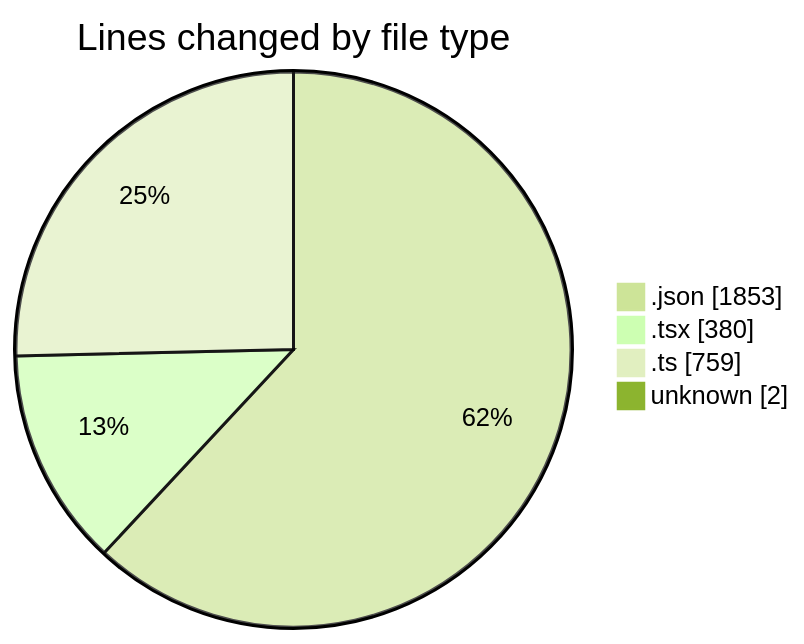
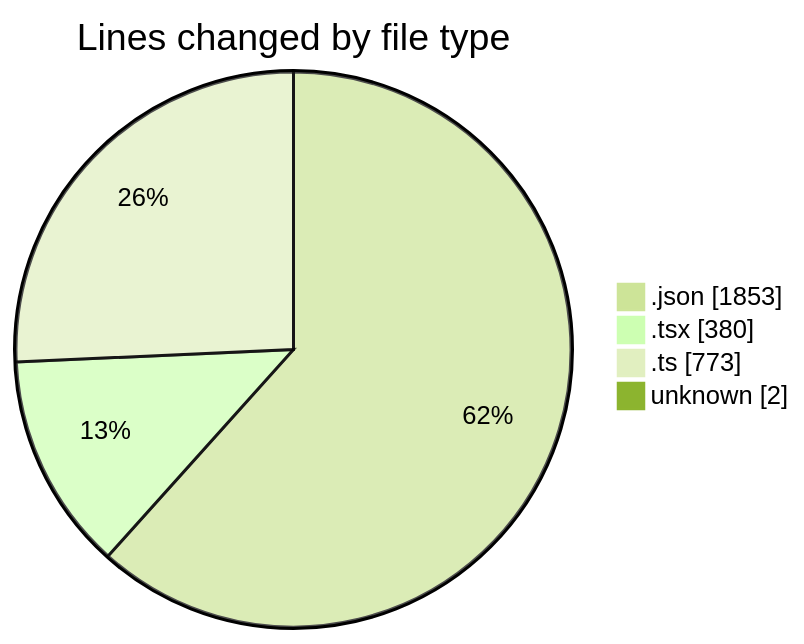
The first of 2 diagrams in 2025-11-19/eventscop-frontend-guide__workspace_/README.md (julien-gomy/code-tracking), drawn with Mermaid (forest theme) before and after one commit. The commit also changed other lines of this file and 1 other file, not shown here.

````diff
--- a/2025-11-19/eventscop-frontend-guide__workspace_/README.md
+++ b/2025-11-19/eventscop-frontend-guide__workspace_/README.md
@@ -40,8 +40,8 @@
 ```mermaid
 pie showData
 title Lines changed by file type
 ".json" : 1853
 ".tsx" : 380
-".ts" : 759
+".ts" : 773
 "unknown" : 2
 ```
````
